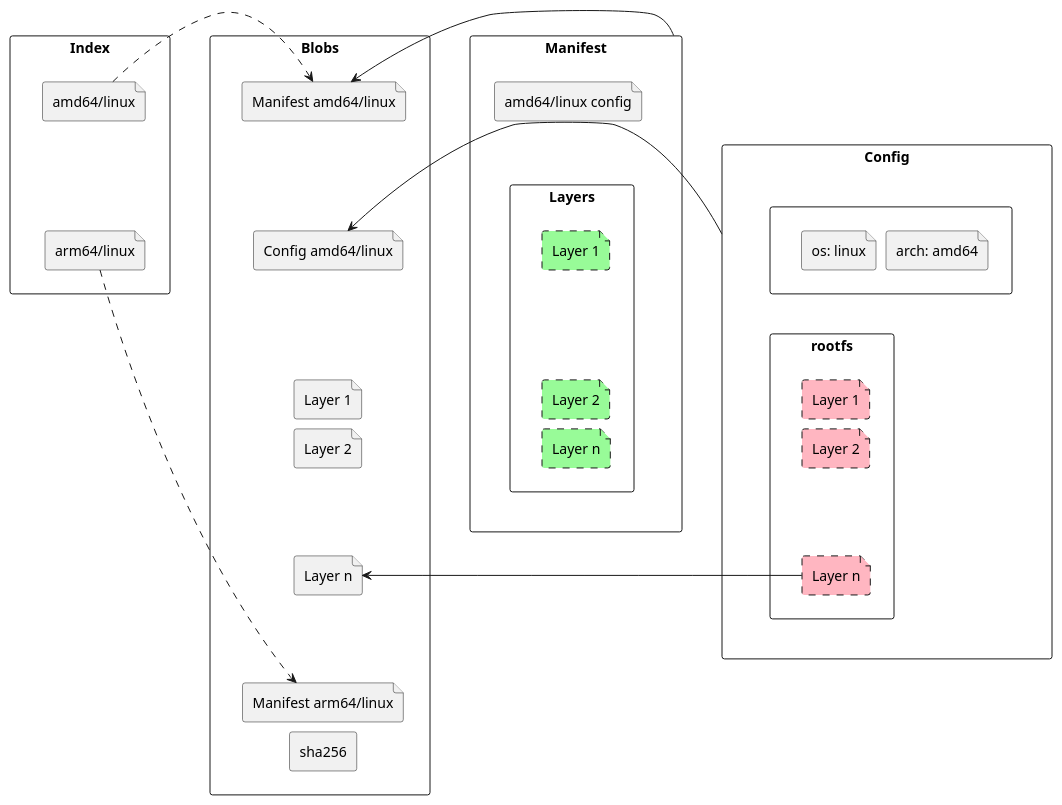
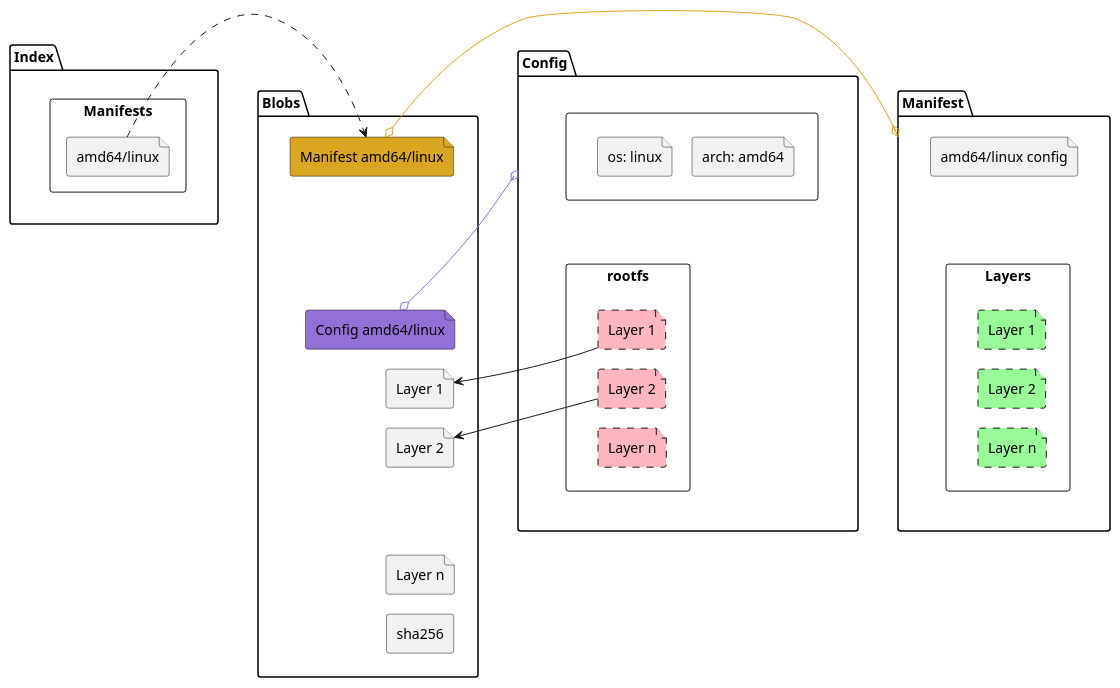
One commit to unexist/blog changed the diagram in _drafts/exploring-oci-registries.adoc. Above: the diagram before and after it, drawn with PlantUML. The commit also changed other lines of this file, not shown here.

Commit message:
Updated diagram and introduction

```diff
--- a/_drafts/exploring-oci-registries.adoc
+++ b/_drafts/exploring-oci-registries.adoc
@@ -24,81 +48,77 @@
 [plantuml]
 ----
 '"!theme unexist from {{ site.asciidoctor_attributes.plantumldir }}
 
 'skinparam linetype ortho
-skinparam nodesep 10
-skinparam ranksep 10
+skinparam nodesep 20
+skinparam ranksep 20
 
-rectangle "Index" as index {
-    file "amd64/linux" as index_amd
-    file "arm64/linux" as index_arm
+package "Index" as index {
+    rectangle "Manifests" {
+        file "amd64/linux" as index_amd
+    }
 }
 
-rectangle "Blobs" as blobs {
-    file "Manifest amd64/linux" as blobs_manifest_amd64
-    file "Config amd64/linux" as blobs_config_amd64
+package "Blobs" as blobs {
+    file "Manifest amd64/linux" as blobs_manifest_amd64 #goldenrod
+    file "Config amd64/linux" as blobs_config_amd64 #mediumpurple
     file "Layer 1" as blobs_l1
     file "Layer 2" as blobs_l2
     file "Layer n" as blobs_ln
 
-    file "Manifest arm64/linux" as blobs_manifest_arm64
-
     rectangle "sha256" as sha
 }
 
-rectangle "Manifest" as manifests {
+package "Manifest" as manifests {
     file "amd64/linux config" as manifests_config
 
     rectangle "Layers" as manifests_layers {
         file "Layer 1" as manifests_l1 #palegreen;line.dashed
         file "Layer 2" as manifests_l2 #palegreen;line.dashed
         file "Layer n" as manifests_ln #palegreen;line.dashed
     }
 }
 
-rectangle "Config" as configs {
+package "Config" as configs {
     rectangle "<U+0000>" as configs_attrs {
         file "arch: amd64"
         file "os: linux"
     }
 
     rectangle "rootfs" as configs_rootfs {
         file "Layer 1" as configs_l1 #lightpink;line.dashed
         file "Layer 2" as configs_l2 #lightpink;line.dashed
         file "Layer n" as configs_ln #lightpink;line.dashed
     }
 }
 
 ' Arrows
 index_amd .r.> blobs_manifest_amd64
-index_arm .d.> blobs_manifest_arm64
-manifests -l-> blobs_manifest_amd64
-configs -l-> blobs_config_amd64
-configs_ln -l-> blobs_ln
+manifests o-l-o blobs_manifest_amd64 #goldenrod
+configs o-r-o blobs_config_amd64 #mediumpurple
+configs_l1 -r-> blobs_l1
+configs_l2 -r-> blobs_l2
 
 ' Global placement
 index -[hidden]r-> blobs
+index -[hidden]l-> configs
 blobs -[hidden]r-> manifests
-manifests -[hidden]d-> configs
-
-' Index
-index_amd -[hidden]d-> index_arm
+configs -[hidden]r-> blobs
 
 ' Blobs
 blobs_manifest_amd64 -[hidden]d-> blobs_config_amd64
 blobs_config_amd64 -[hidden]d-> blobs_l1
 blobs_l1 -[hidden]d-> blobs_l2
 blobs_l2 -[hidden]d-> blobs_ln
-blobs_ln -[hidden]d-> blobs_manifest_arm64
-blobs_manifest_arm64 -[hidden]d-> sha
+blobs_ln -[hidden]d-> sha
 
 ' Manifests
 manifests_config -[hidden]d-> manifests_layers
 manifests_l1 -[hidden]d-> manifests_l2
 manifests_l2 -[hidden]d-> manifests_ln
 
 ' Configs
 configs_attrs -[hidden]d-> configs_rootfs
 configs_l1 -[hidden]d-> configs_l2
 configs_l2 -[hidden]d-> configs_ln
 ----
```
